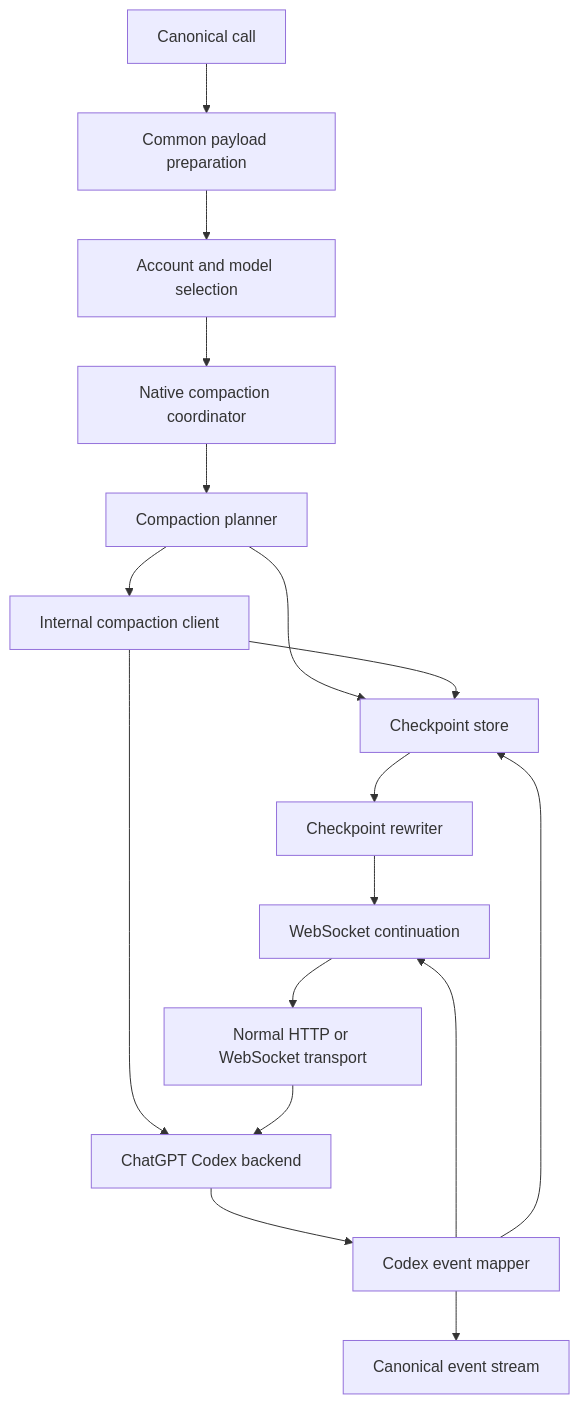
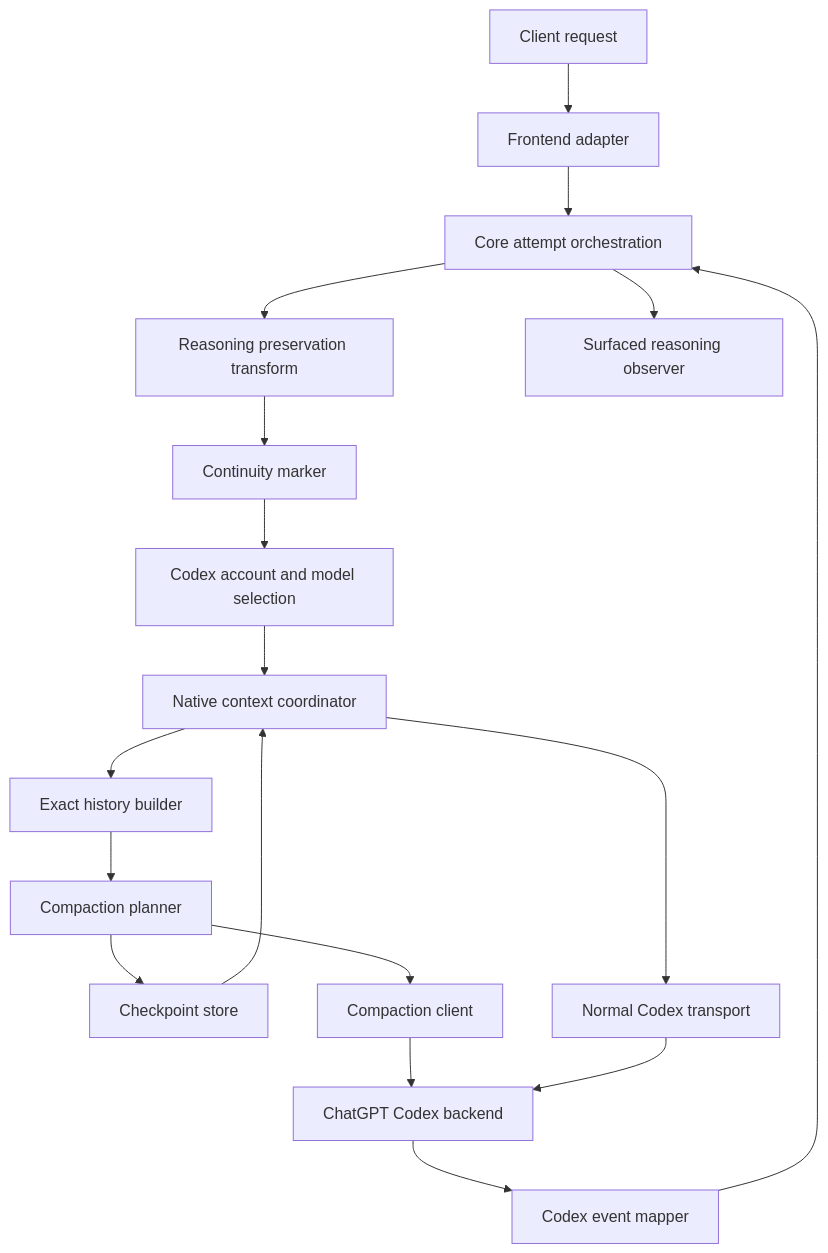
Before and after one commit to matdev83/go-llm-interactive-proxy: the first of 5 diagrams in .kiro/specs/openai-codex-native-compaction/design.md, drawn with Mermaid. The commit also changed other lines of this file, not shown here.

Commit message:
spec: redesign Codex native context continuity

````diff
--- a/.kiro/specs/openai-codex-native-compaction/design.md
+++ b/.kiro/specs/openai-codex-native-compaction/design.md
@@ -117,33 +124,36 @@
 ```mermaid
 graph TB
-    ClientCall[Canonical call]
-    CommonPrep[Common payload preparation]
-    AccountSelect[Account and model selection]
-    CompactionCoord[Native compaction coordinator]
+    Client[Client request]
+    Frontend[Frontend adapter]
+    Core[Core attempt orchestration]
+    Restore[Reasoning preservation transform]
+    Marker[Continuity marker]
+    Account[Codex account and model selection]
+    Coordinator[Native context coordinator]
+    History[Exact history builder]
     Planner[Compaction planner]
-    CheckpointStore[Checkpoint store]
-    CompactClient[Internal compaction client]
-    Rewrite[Checkpoint rewriter]
-    Continuation[WebSocket continuation]
-    NormalTransport[Normal HTTP or WebSocket transport]
-    CodexBackend[ChatGPT Codex backend]
-    EventMapper[Codex event mapper]
-    CanonicalStream[Canonical event stream]
+    Store[Checkpoint store]
+    Compact[Compaction client]
+    Normal[Normal Codex transport]
+    Mapper[Codex event mapper]
+    Observer[Surfaced reasoning observer]
+    Backend[ChatGPT Codex backend]
 
-    ClientCall --> CommonPrep
-    CommonPrep --> AccountSelect
-    AccountSelect --> CompactionCoord
-    CompactionCoord --> Planner
-    Planner --> CheckpointStore
-    Planner --> CompactClient
-    CompactClient --> CodexBackend
-    CompactClient --> CheckpointStore
-    CheckpointStore --> Rewrite
-    Rewrite --> Continuation
-    Continuation --> NormalTransport
-    NormalTransport --> CodexBackend
-    CodexBackend --> EventMapper
-    EventMapper --> CanonicalStream
-    EventMapper --> Continuation
-    EventMapper --> CheckpointStore
+    Client --> Frontend
+    Frontend --> Core
+    Core --> Restore
+    Restore --> Marker
+    Marker --> Account
+    Account --> Coordinator
+    Coordinator --> History
+    History --> Planner
+    Planner --> Store
+    Planner --> Compact
+    Compact --> Backend
+    Store --> Coordinator
+    Coordinator --> Normal
+    Normal --> Backend
+    Backend --> Mapper
+    Mapper --> Core
+    Core --> Observer
 ```
````
